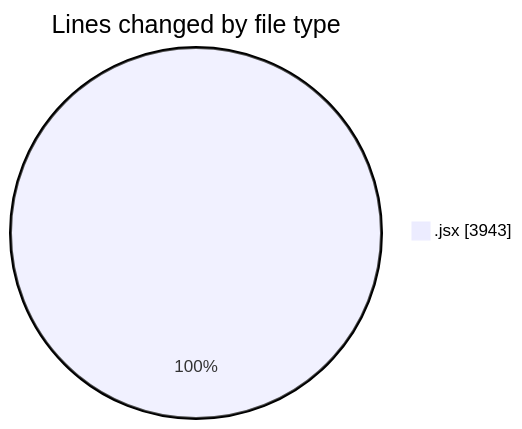
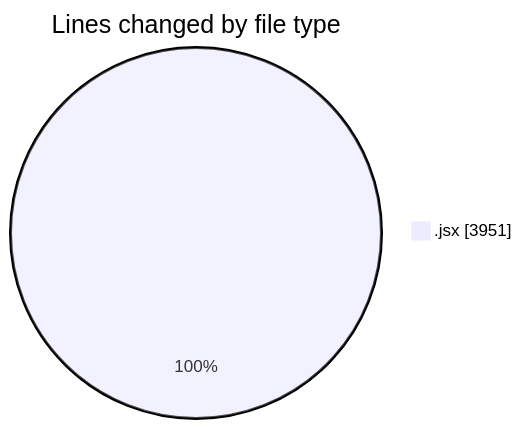
The first of 2 diagrams in 2025-05-14/argos-dev/README.md (nxtqubesakshisongat/code-tracking), drawn with Mermaid before and after one commit. The commit also changed other lines of this file and 1 other file, not shown here.

````diff
--- a/2025-05-14/argos-dev/README.md
+++ b/2025-05-14/argos-dev/README.md
@@ -26,5 +26,5 @@
 ```mermaid
 pie showData
 title Lines changed by file type
-".jsx" : 3943
+".jsx" : 3951
 ```
````
